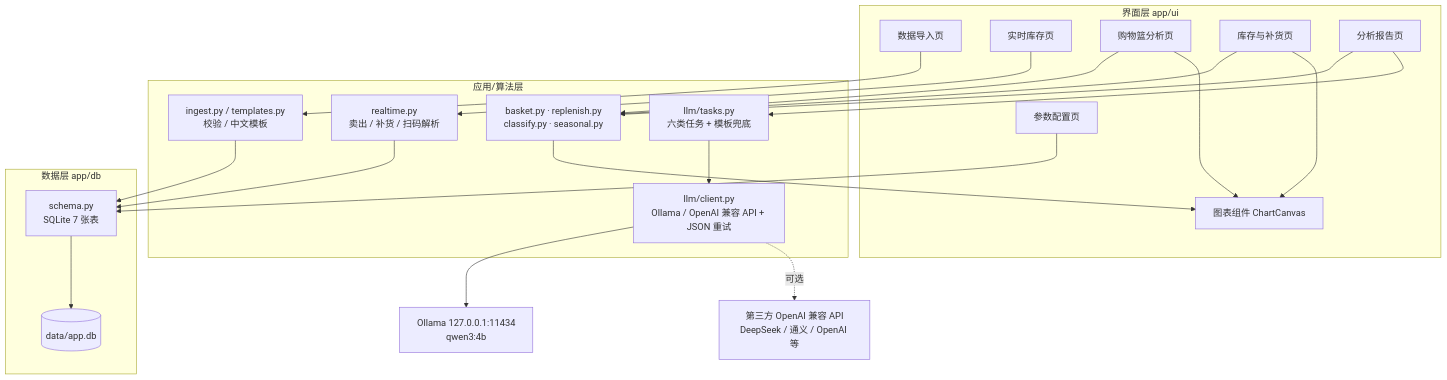
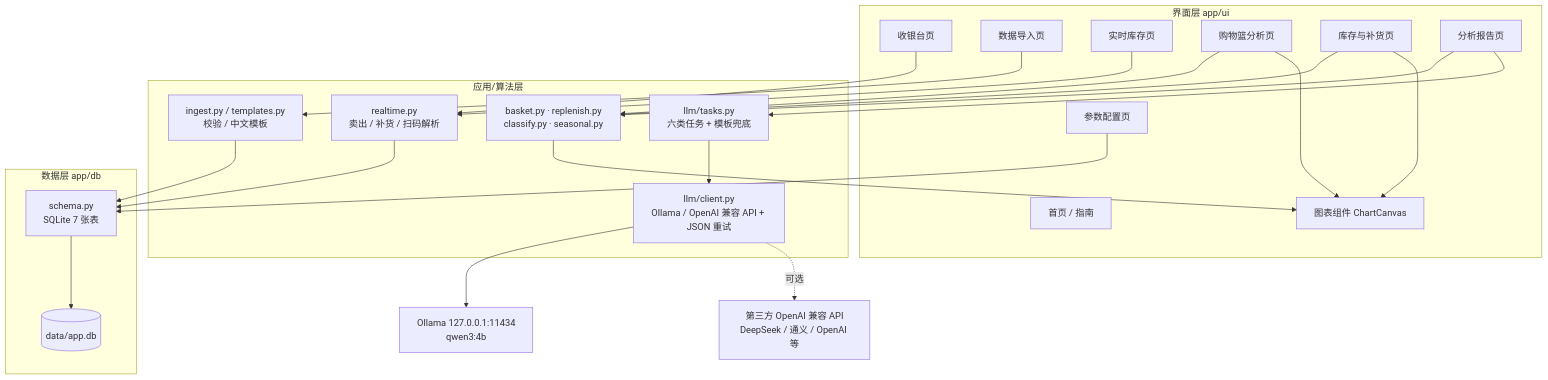
Before and after one commit to SBTstudio/Intelligent_Warehousing: the first of 2 diagrams in docs/概要设计.md, drawn with Mermaid. The commit also changed other lines of this file and 24 other files, not shown here.

````diff
--- a/docs/概要设计.md
+++ b/docs/概要设计.md
@@ -14,42 +14,45 @@
 ```mermaid
 flowchart TB
     subgraph UI["界面层 app/ui"]
+        Home["首页 / 指南"]
+        Cashier["收银台页"]
         Import["数据导入页"]
         Realtime["实时库存页"]
         Basket["购物篮分析页"]
         Replenish["库存与补货页"]
         Report["分析报告页"]
         Settings["参数配置页"]
         Charts["图表组件 ChartCanvas"]
     end
 
     subgraph App["应用/算法层"]
         Ingest["ingest.py / templates.py<br/>校验 / 中文模板"]
         RealtimeCore["realtime.py<br/>卖出 / 补货 / 扫码解析"]
         Core["basket.py · replenish.py<br/>classify.py · seasonal.py"]
         Tasks["llm/tasks.py<br/>六类任务 + 模板兜底"]
         Client["llm/client.py<br/>Ollama / OpenAI 兼容 API + JSON 重试"]
     end
 
     subgraph Data["数据层 app/db"]
         Schema["schema.py<br/>SQLite 7 张表"]
         DB[(data/app.db)]
     end
 
     Ollama["Ollama 127.0.0.1:11434<br/>qwen3:4b"]
     ThirdAPI["第三方 OpenAI 兼容 API<br/>DeepSeek / 通义 / OpenAI 等"]
 
     Import --> Ingest --> Schema
+    Cashier --> RealtimeCore
     Realtime --> RealtimeCore --> Schema
     Basket --> Core
     Replenish --> Core
     Report --> Core
     Report --> Tasks --> Client
     Client --> Ollama
     Client -. 可选 .-> ThirdAPI
     Settings --> Schema
     Schema --> DB
     Core --> Charts
     Basket --> Charts
     Replenish --> Charts
 ```
````
